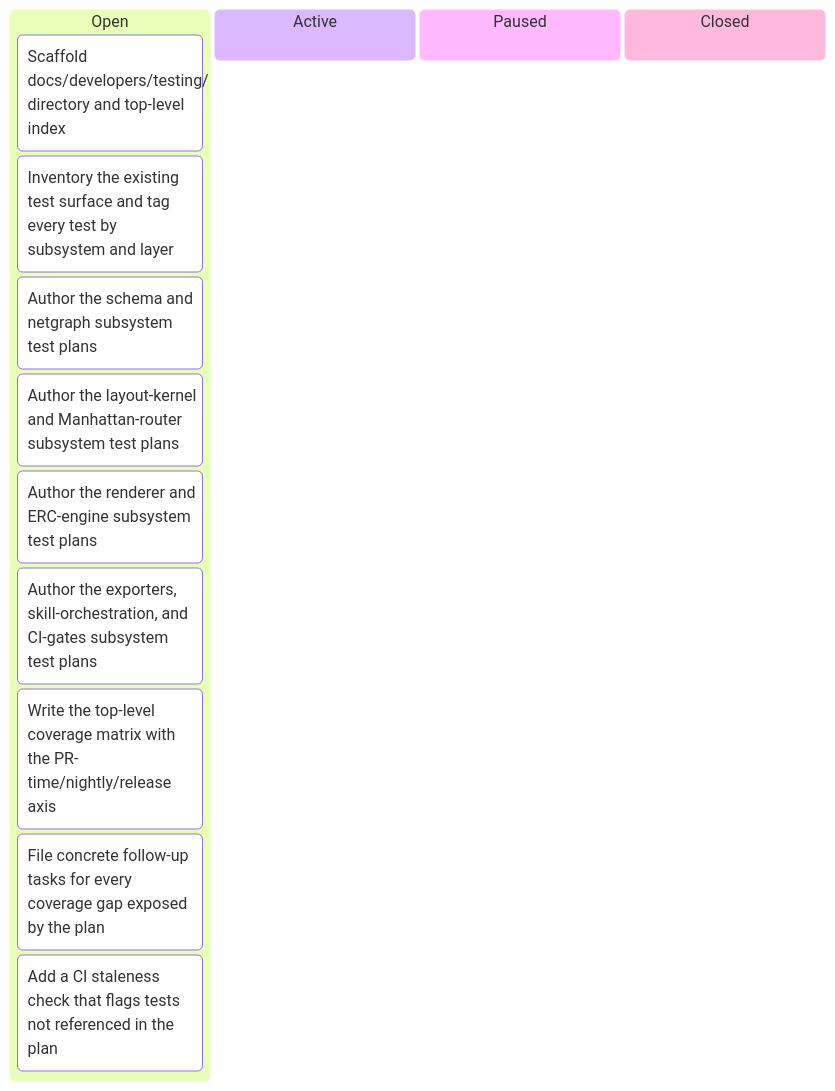
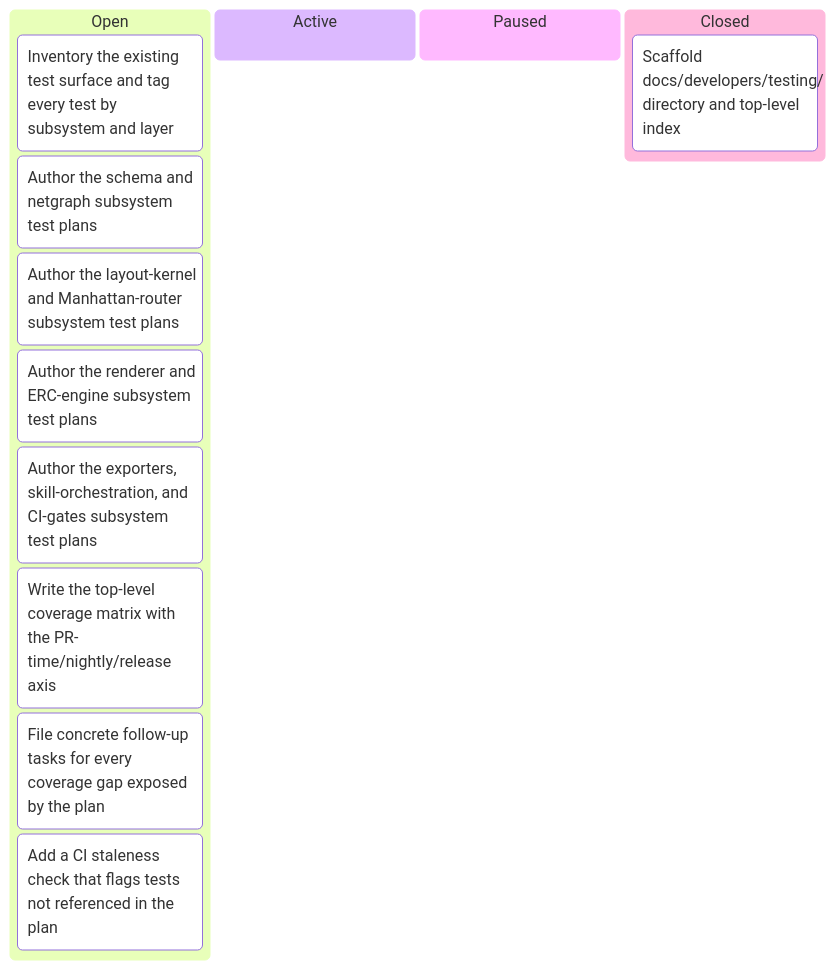
The third of 3 diagrams in docs/developers/tasks/KANBAN.md (tgd1975/CircuitSmith), drawn with Mermaid before and after one commit. The commit also changed other lines of this file and 14 other files, not shown here.

First line of the commit message:
close TASK-083: scaffold docs/developers/testing/ directory and top-level index

````diff
--- a/docs/developers/tasks/KANBAN.md
+++ b/docs/developers/tasks/KANBAN.md
@@ -53,16 +53,16 @@
 ```mermaid
 kanban
   Open
-    TASK_083["Scaffold docs/developers/testing/ directory and top-level index"]
     TASK_084["Inventory the existing test surface and tag every test by subsystem and layer"]
     TASK_085["Author the schema and netgraph subsystem test plans"]
     TASK_086["Author the layout-kernel and Manhattan-router subsystem test plans"]
     TASK_087["Author the renderer and ERC-engine subsystem test plans"]
     TASK_088["Author the exporters, skill-orchestration, and CI-gates subsystem test plans"]
     TASK_089["Write the top-level coverage matrix with the PR-time/nightly/release axis"]
     TASK_090["File concrete follow-up tasks for every coverage gap exposed by the plan"]
     TASK_091["Add a CI staleness check that flags tests not referenced in the plan"]
   Active
   Paused
   Closed
+    TASK_083["Scaffold docs/developers/testing/ directory and top-level index"]
 ```
````
